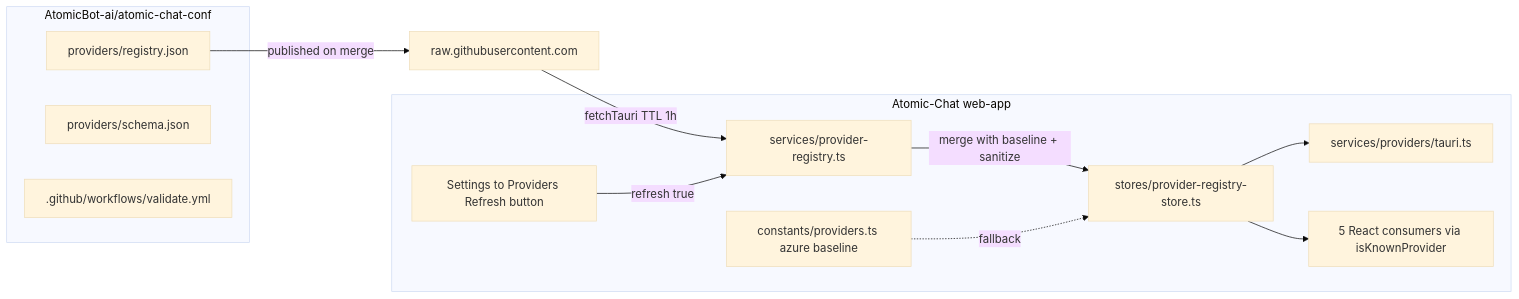
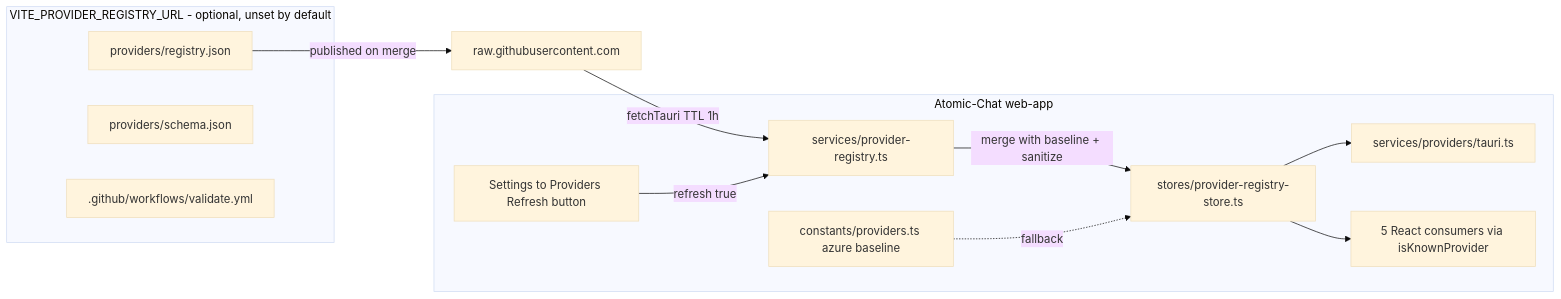
One commit to AtomicBot-ai/Atomic-Chat changed the first of 3 diagrams in web-app/src/services/AGENTS.md. Above: the diagram before and after it, drawn with Mermaid (base theme). The commit also changed other lines of this file and 191 other files, not shown here.

````diff
--- a/web-app/src/services/AGENTS.md
+++ b/web-app/src/services/AGENTS.md
@@ -42,26 +50,26 @@
 ```mermaid
 flowchart LR
-    subgraph confRepo [AtomicBot-ai/atomic-chat-conf]
+    subgraph confRepo [VITE_PROVIDER_REGISTRY_URL - optional, unset by default]
         regJson[providers/registry.json]
         schemaJson[providers/schema.json]
         ciAction[.github/workflows/validate.yml]
     end
     rawCdn["raw.githubusercontent.com"]
     regJson -->|"published on merge"| rawCdn
 
     subgraph janClient [Atomic-Chat web-app]
         loader[services/provider-registry.ts]
         store[stores/provider-registry-store.ts]
         tauriSvc[services/providers/tauri.ts]
         baseline[constants/providers.ts azure baseline]
         ui[Settings to Providers Refresh button]
         consumers[5 React consumers via isKnownProvider]
     end
 
     rawCdn -->|"fetchTauri TTL 1h"| loader
     loader -->|"merge with baseline + sanitize"| store
     store --> tauriSvc
     store --> consumers
     baseline -.fallback.-> store
     ui -->|"refresh true"| loader
 ```
````
